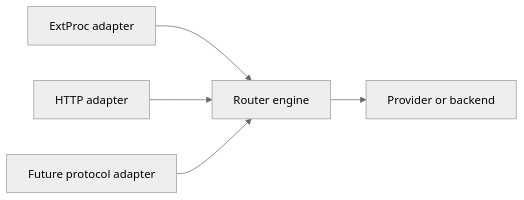
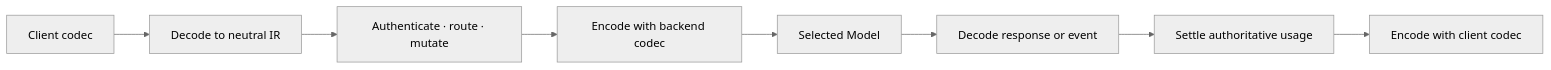
One commit to vllm-project/semantic-router changed the diagram in website/docs/proposals/multi-protocol-adaptor.md. Above: the diagram before and after it, drawn with Mermaid (neutral theme). The commit also changed other lines of this file and 3451 other files, not shown here.

````diff
--- a/website/docs/proposals/multi-protocol-adaptor.md
+++ b/website/docs/proposals/multi-protocol-adaptor.md
@@ -21,7 +23,10 @@
 ```mermaid
 flowchart LR
-  ExtProc["ExtProc adapter"] --> Engine["Router engine"]
-  HTTP["HTTP adapter"] --> Engine
-  Future["Future protocol adapter"] --> Engine
-  Engine --> Provider["Provider or backend"]
+  Client["Client codec"] --> Decode["Decode to neutral IR"]
+  Decode --> Router["Authenticate · route · mutate"]
+  Router --> Encode["Encode with backend codec"]
+  Encode --> Model["Selected Model"]
+  Model --> DecodeResponse["Decode response or event"]
+  DecodeResponse --> Settle["Settle authoritative usage"]
+  Settle --> EncodeResponse["Encode with client codec"]
 ```
````
